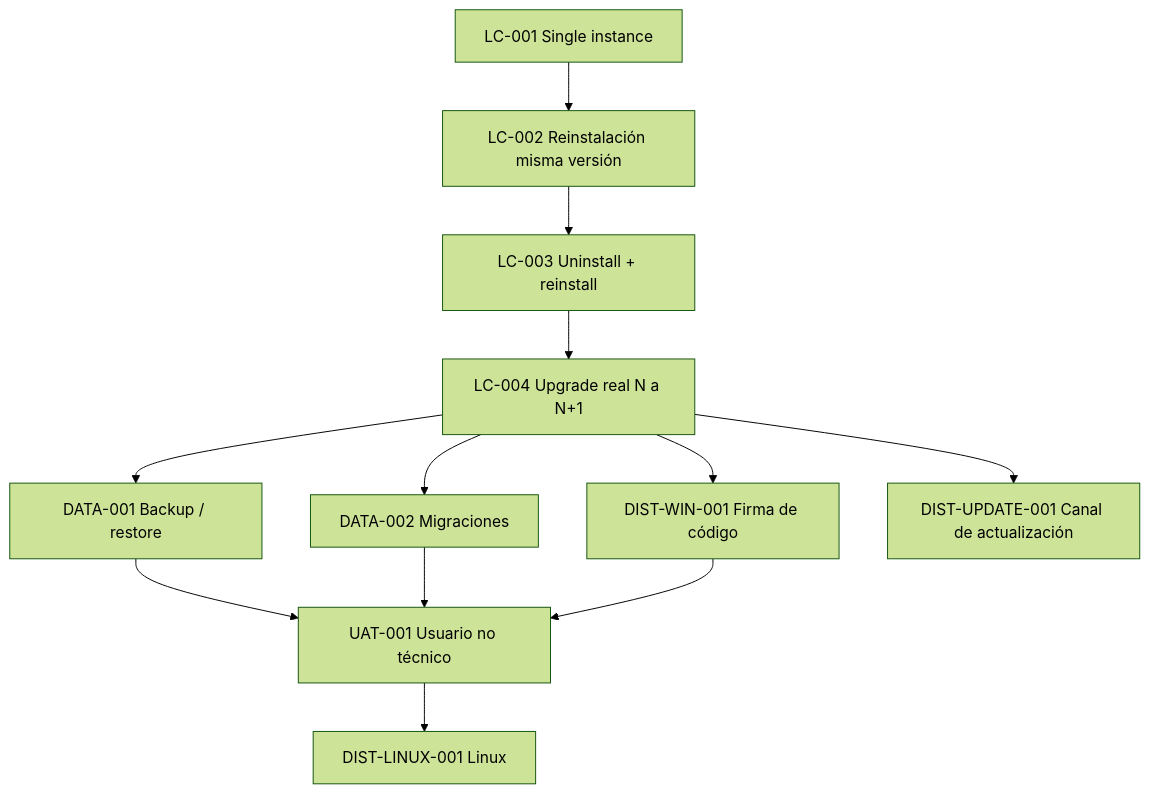
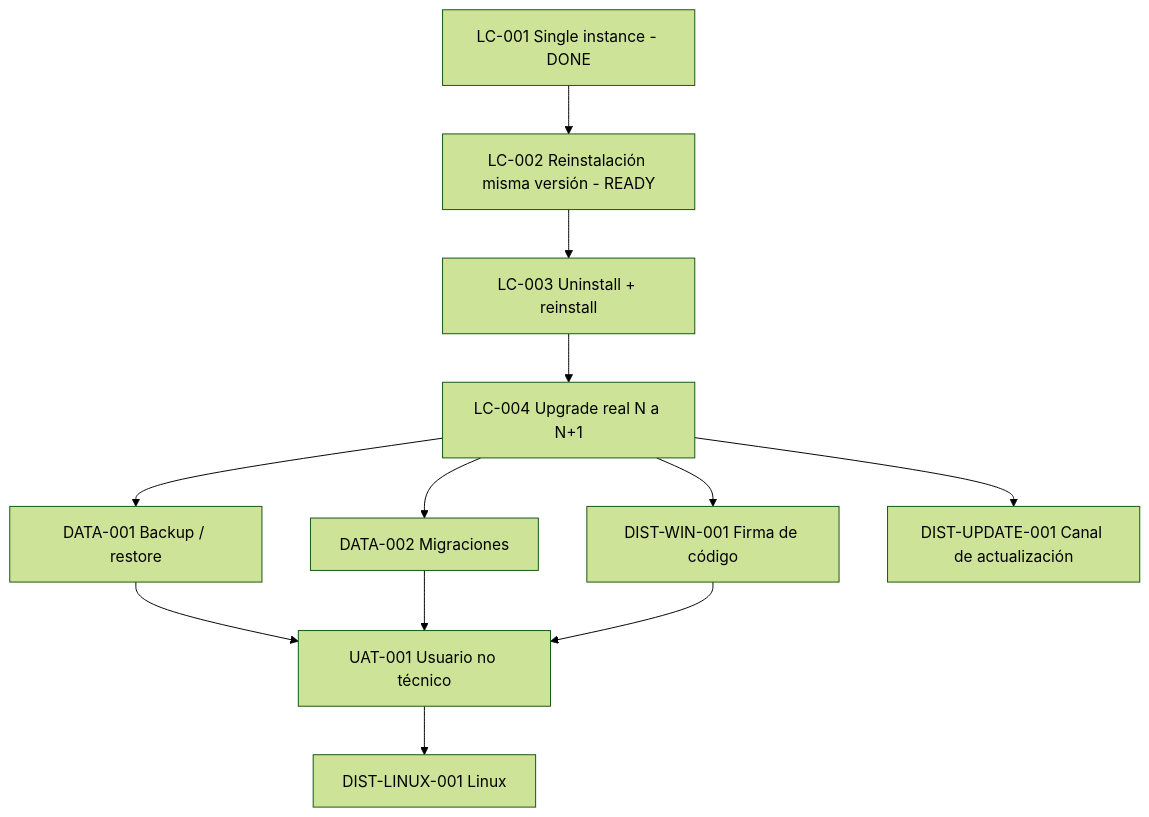
Before and after one commit to cmartinezs/personal-tax-ledger: the diagram in docs/backlog/desktop-lifecycle-and-distribution.md, drawn with Mermaid (forest theme). The commit also changed other lines of this file, not shown here.

Commit message:
docs: close desktop single-instance lifecycle gate

````diff
--- a/docs/backlog/desktop-lifecycle-and-distribution.md
+++ b/docs/backlog/desktop-lifecycle-and-distribution.md
@@ -323,14 +319,14 @@
 ```mermaid
 flowchart TD
-    A["LC-001 Single instance"] --> B["LC-002 Reinstalación misma versión"]
+    A["LC-001 Single instance - DONE"] --> B["LC-002 Reinstalación misma versión - READY"]
     B --> C["LC-003 Uninstall + reinstall"]
     C --> D["LC-004 Upgrade real N a N+1"]
     D --> E["DATA-001 Backup / restore"]
     D --> F["DATA-002 Migraciones"]
     D --> G["DIST-WIN-001 Firma de código"]
     E --> H["UAT-001 Usuario no técnico"]
     F --> H
     G --> H
     H --> I["DIST-LINUX-001 Linux"]
     D --> J["DIST-UPDATE-001 Canal de actualización"]
 ```
````
